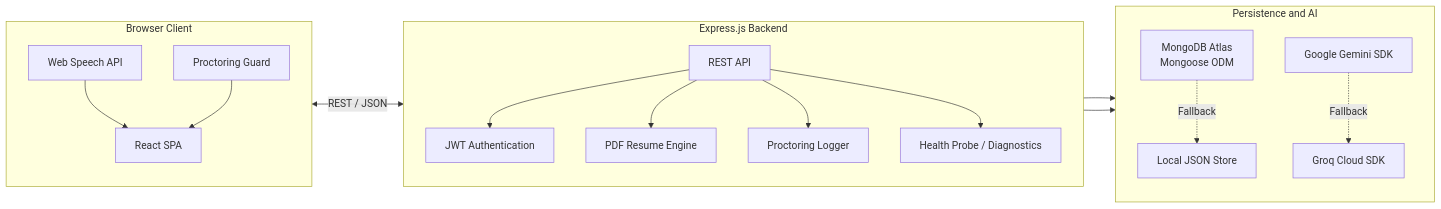
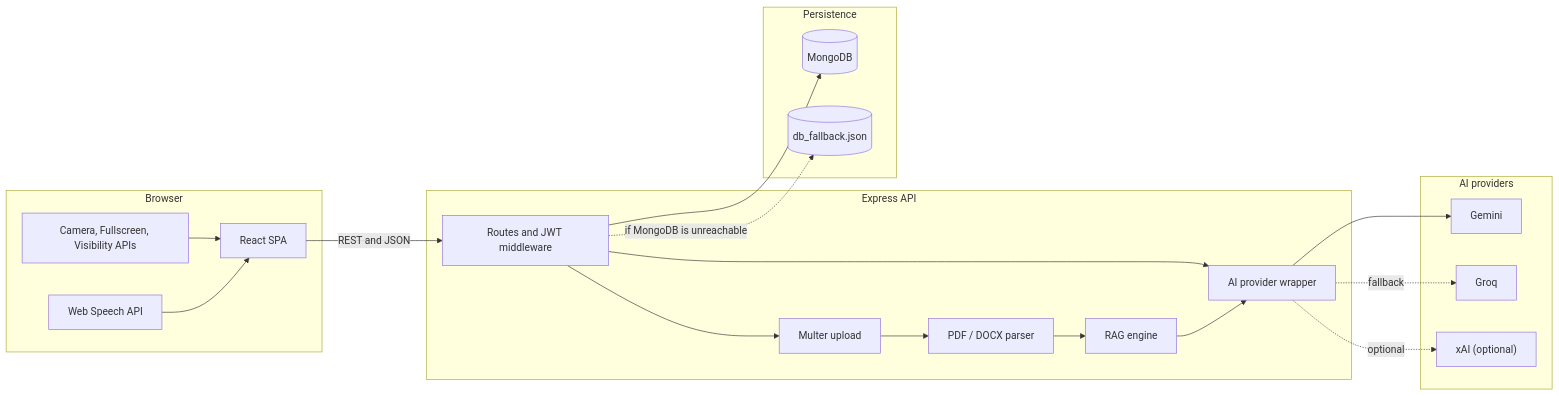
The first of 2 diagrams in README.md (rahulmahasetha/MockInterviewHub), drawn with Mermaid before and after one commit. The commit also changed other lines of this file, not shown here.

````diff
--- a/README.md
+++ b/README.md
@@ -113,41 +114,41 @@
 ```mermaid
 flowchart LR
-    subgraph Client["Browser Client"]
-        direction TB
+    subgraph Browser["Browser"]
         UI["React SPA"]
-        Voice["Web Speech API"]
-        Proctor["Proctoring Guard"]
-
-        Voice --> UI
-        Proctor --> UI
+        Media["Camera, Fullscreen, Visibility APIs"]
+        Speech["Web Speech API"]
     end
 
-    subgraph Server["Express.js Backend"]
-        direction TB
-        API["REST API"]
-        Auth["JWT Authentication"]
-        PDF["PDF Resume Engine"]
-        Viol["Proctoring Logger"]
-        Health["Health Probe / Diagnostics"]
-
-        API --> Auth
-        API --> PDF
-        API --> Viol
-        API --> Health
+    subgraph Server["Express API"]
+        Routes["Routes and JWT middleware"]
+        Upload["Multer upload"]
+        Parser["PDF / DOCX parser"]
+        RAG["RAG engine"]
+        AIUtil["AI provider wrapper"]
     end
 
-    subgraph Persistence["Persistence and AI"]
-        direction TB
-        DB["MongoDB Atlas<br/>Mongoose ODM"]
-        JSON["Local JSON Store"]
-        AI["Google Gemini SDK"]
-        Groq["Groq Cloud SDK"]
-
-        DB -.->|Fallback| JSON
-        AI -.->|Fallback| Groq
+    subgraph Data["Persistence"]
+        Mongo[("MongoDB")]
+        JSONDB[("db_fallback.json")]
     end
 
-    UI <-->|REST / JSON| API
-    API --> DB
-    API --> AI
+    subgraph LLM["AI providers"]
+        Gemini["Gemini"]
+        Groq["Groq"]
+        XAI["xAI (optional)"]
+    end
+
+    Media --> UI
+    Speech --> UI
+    UI -->|"REST and JSON"| Routes
+    Routes --> Upload
+    Upload --> Parser
+    Parser --> RAG
+    Routes --> AIUtil
+    RAG --> AIUtil
+    Routes --> Mongo
+    Routes -.->|"if MongoDB is unreachable"| JSONDB
+    AIUtil --> Gemini
+    AIUtil -.->|"fallback"| Groq
+    AIUtil -.->|"optional"| XAI
 ```
````
